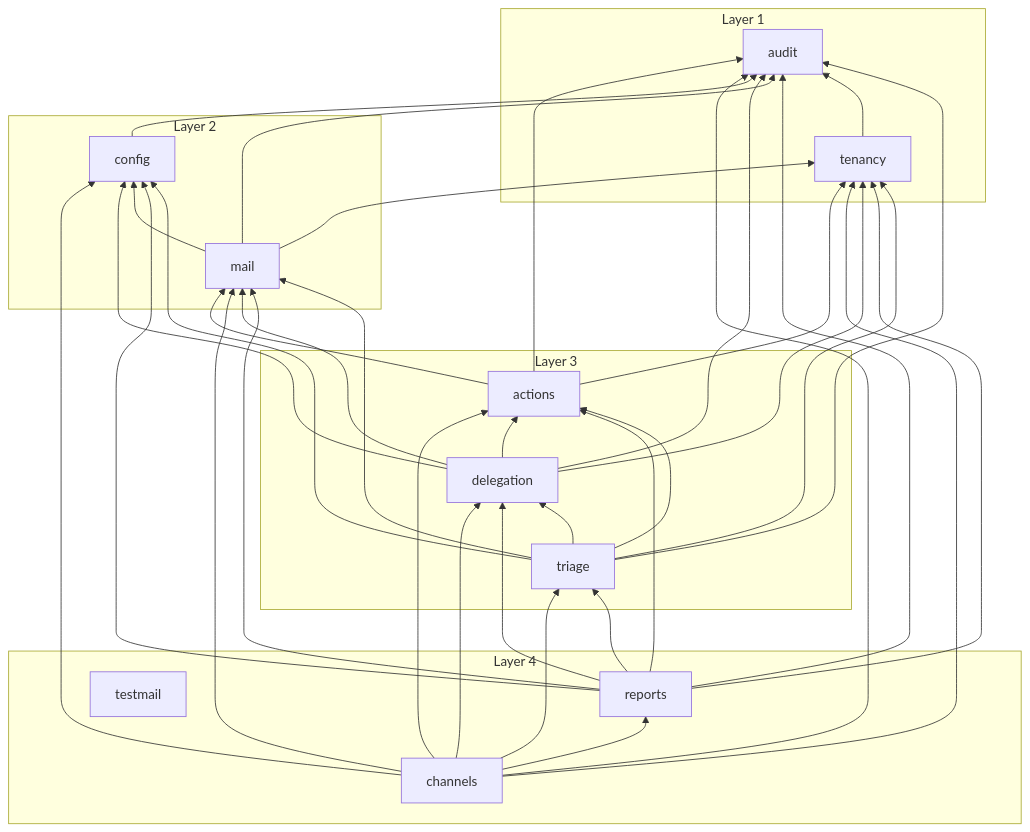
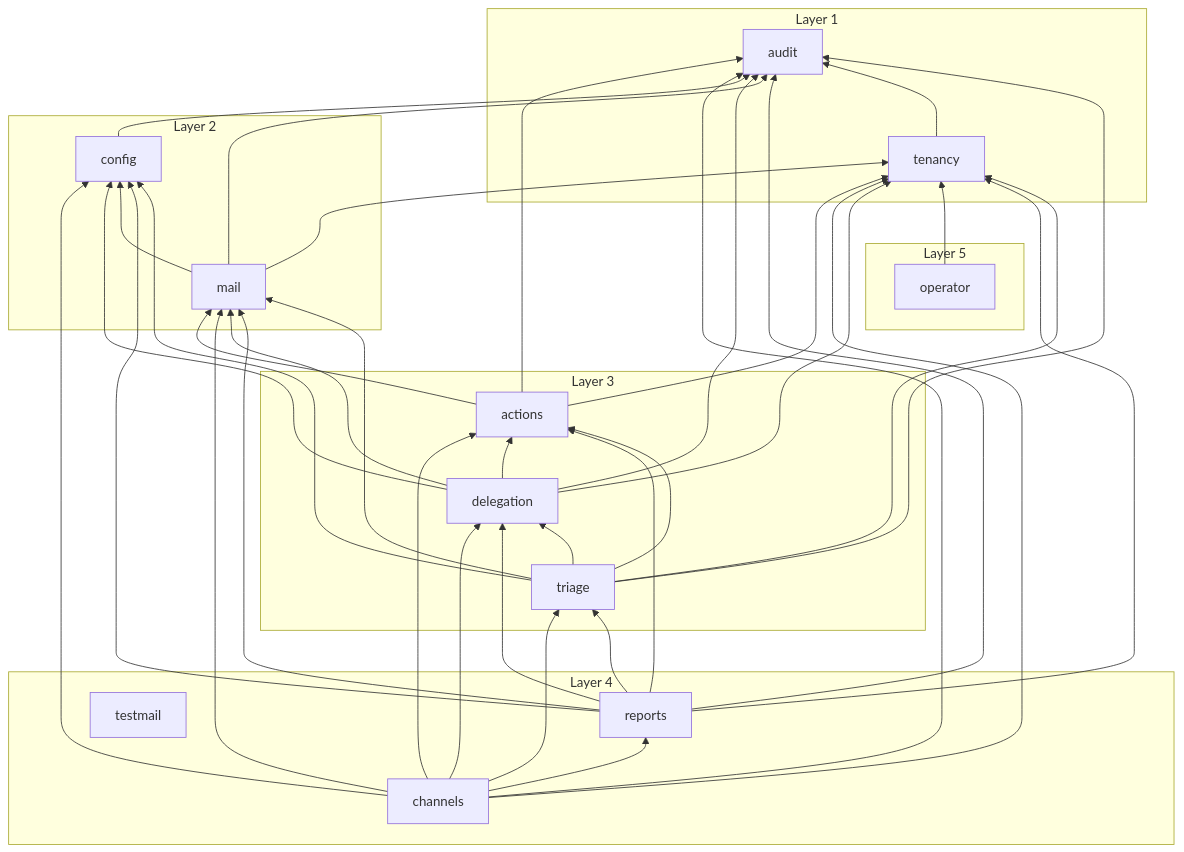
The diagram in docs/diagrams/module-graph.md (Artexs/email_assistant), drawn with Mermaid before and after one commit. The commit also changed other lines of this file and 8 other files, not shown here.

Commit message:
F099 s06.1: operator module in its own layer

````diff
--- a/docs/diagrams/module-graph.md
+++ b/docs/diagrams/module-graph.md
@@ -7,55 +7,59 @@
 ```mermaid
 flowchart BT
   subgraph group1["Layer 1"]
     audit
     tenancy
   end
   subgraph group2["Layer 2"]
     config
     mail
   end
   subgraph group3["Layer 3"]
     triage
     actions
     delegation
   end
   subgraph group4["Layer 4"]
     reports
     channels
     testmail
+  end
+  subgraph group5["Layer 5"]
+    operator
   end
   actions --> audit
   actions --> mail
   actions --> tenancy
   channels --> actions
   channels --> audit
   channels --> config
   channels --> delegation
   channels --> mail
   channels --> reports
   channels --> tenancy
   channels --> triage
   config --> audit
   delegation --> actions
   delegation --> audit
   delegation --> config
   delegation --> mail
   delegation --> tenancy
   mail --> audit
   mail --> config
   mail --> tenancy
+  operator --> tenancy
   reports --> actions
   reports --> audit
   reports --> config
   reports --> delegation
   reports --> mail
   reports --> tenancy
   reports --> triage
   tenancy --> audit
   triage --> actions
   triage --> audit
   triage --> config
   triage --> delegation
   triage --> mail
   triage --> tenancy
 ```
````
